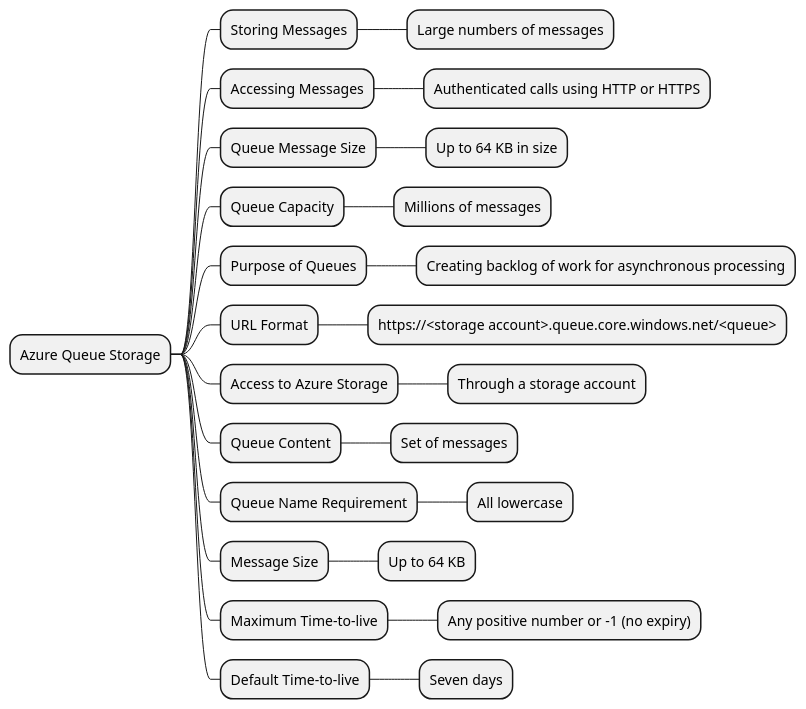
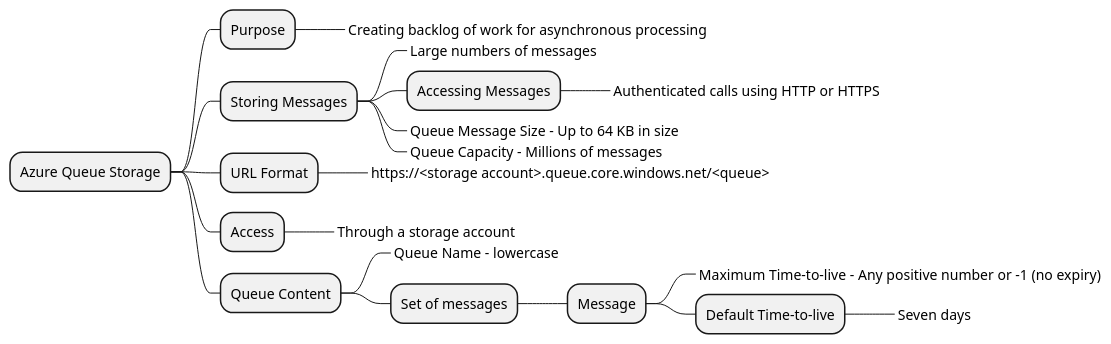
The diagram in 09 - message-queues/diagrams/5-queue-storage-mindmap.plantuml (bobbyache/AZ-204), drawn with PlantUML before and after one commit. The commit also changed 61 other files, not shown here.

```diff
--- a/09 - message-queues/diagrams/5-queue-storage-mindmap.plantuml
+++ b/09 - message-queues/diagrams/5-queue-storage-mindmap.plantuml
@@ -1,27 +1,22 @@
 @startmindmap
 * Azure Queue Storage
+** Purpose
+***_ Creating backlog of work for asynchronous processing
 ** Storing Messages
-*** Large numbers of messages
-** Accessing Messages
-*** Authenticated calls using HTTP or HTTPS
-** Queue Message Size
-*** Up to 64 KB in size
-** Queue Capacity
-*** Millions of messages
-** Purpose of Queues
-*** Creating backlog of work for asynchronous processing
+***_ Large numbers of messages
+*** Accessing Messages
+****_ Authenticated calls using HTTP or HTTPS
+***_ Queue Message Size - Up to 64 KB in size
+***_ Queue Capacity - Millions of messages
 ** URL Format
-*** https://<storage account>.queue.core.windows.net/<queue>
-** Access to Azure Storage
-*** Through a storage account
+***_ https://<storage account>.queue.core.windows.net/<queue>
+** Access
+***_ Through a storage account
 ** Queue Content
+***_ Queue Name - lowercase
 *** Set of messages
-** Queue Name Requirement
-*** All lowercase
-** Message Size
-*** Up to 64 KB
-** Maximum Time-to-live
-*** Any positive number or -1 (no expiry)
-** Default Time-to-live
-*** Seven days
+**** Message
+*****_ Maximum Time-to-live - Any positive number or -1 (no expiry)
+***** Default Time-to-live
+******_ Seven days
 @endmindmap
```
